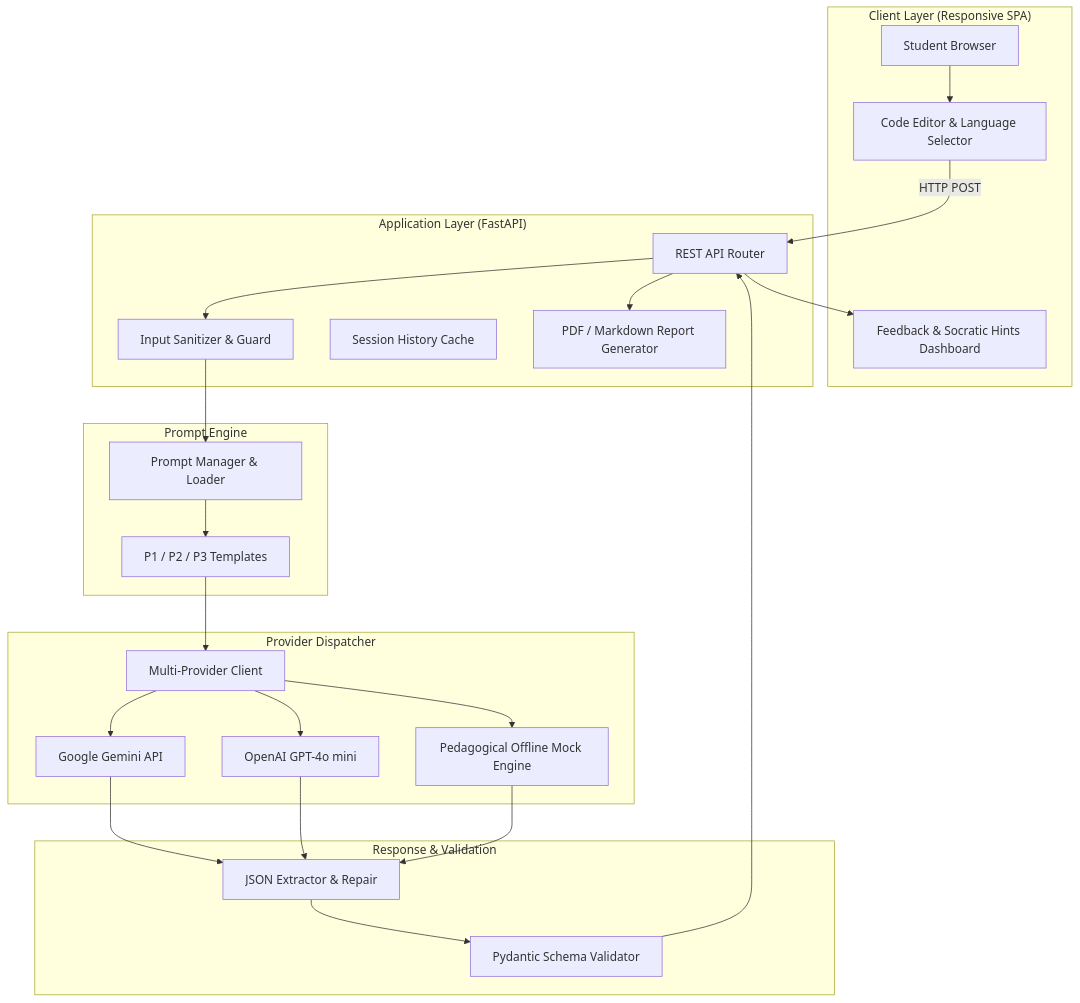
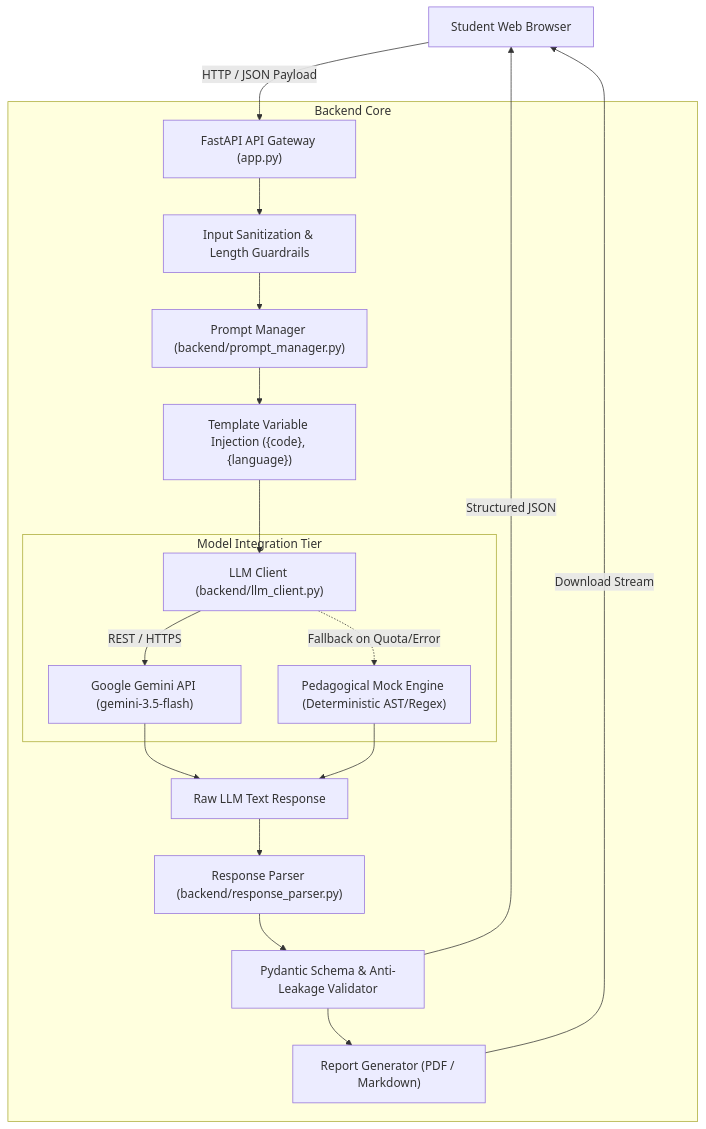
One commit to div339175/CodeSense-AI changed the diagram in docs/technical_report.md. Above: the diagram before and after it, drawn with Mermaid. The commit also changed other lines of this file and 2 other files, not shown here.

Commit message:
docs: complete 16-section technical report according to milestone 2 specification

````diff
--- a/docs/technical_report.md
+++ b/docs/technical_report.md
@@ -138,49 +109,25 @@
 ```mermaid
 graph TD
-    subgraph UI ["Client Layer (Responsive SPA)"]
-        Browser["Student Browser"]
-        Editor["Code Editor & Language Selector"]
-        Dashboard["Feedback & Socratic Hints Dashboard"]
+    User["Student Web Browser"] -->|HTTP / JSON Payload| Gateway["FastAPI API Gateway (app.py)"]
+    
+    subgraph "Backend Core"
+        Gateway --> Sanitize["Input Sanitization & Length Guardrails"]
+        Sanitize --> PManager["Prompt Manager (backend/prompt_manager.py)"]
+        PManager --> ContextInject["Template Variable Injection ({code}, {language})"]
+        ContextInject --> LLMClient["LLM Client (backend/llm_client.py)"]
+        
+        subgraph "Model Integration Tier"
+            LLMClient -->|REST / HTTPS| Gemini["Google Gemini API (gemini-3.5-flash)"]
+            LLMClient -.->|Fallback on Quota/Error| Mock["Pedagogical Mock Engine (Deterministic AST/Regex)"]
+        end
+        
+        Gemini --> RawResponse["Raw LLM Text Response"]
+        Mock --> RawResponse
+        RawResponse --> Parser["Response Parser (backend/response_parser.py)"]
+        Parser --> Validator["Pydantic Schema & Anti-Leakage Validator"]
+        Validator --> ReportGen["Report Generator (PDF / Markdown)"]
     end
-
-    subgraph Server ["Application Layer (FastAPI)"]
-        API["REST API Router"]
-        Sanitizer["Input Sanitizer & Guard"]
-        History["Session History Cache"]
-        Reporter["PDF / Markdown Report Generator"]
-    end
-
-    subgraph Prompts ["Prompt Engine"]
-        Manager["Prompt Manager & Loader"]
-        Templates["P1 / P2 / P3 Templates"]
-    end
-
-    subgraph LLM ["Provider Dispatcher"]
-        Client["Multi-Provider Client"]
-        Gemini["Google Gemini API"]
-        OpenAI["OpenAI GPT-4o mini"]
-        Mock["Pedagogical Offline Mock Engine"]
-    end
-
-    subgraph Parser ["Response & Validation"]
-        JSONParser["JSON Extractor & Repair"]
-        PydanticGuard["Pydantic Schema Validator"]
-    end
-
-    Browser --> Editor
-    Editor -->|HTTP POST| API
-    API --> Sanitizer
-    Sanitizer --> Manager
-    Manager --> Templates
-    Templates --> Client
-    Client --> Gemini
-    Client --> OpenAI
-    Client --> Mock
-    Gemini --> JSONParser
-    OpenAI --> JSONParser
-    Mock --> JSONParser
-    JSONParser --> PydanticGuard
-    PydanticGuard --> API
-    API --> Dashboard
-    API --> Reporter
+    
+    Validator -->|Structured JSON| User
+    ReportGen -->|Download Stream| User
 ```
````
